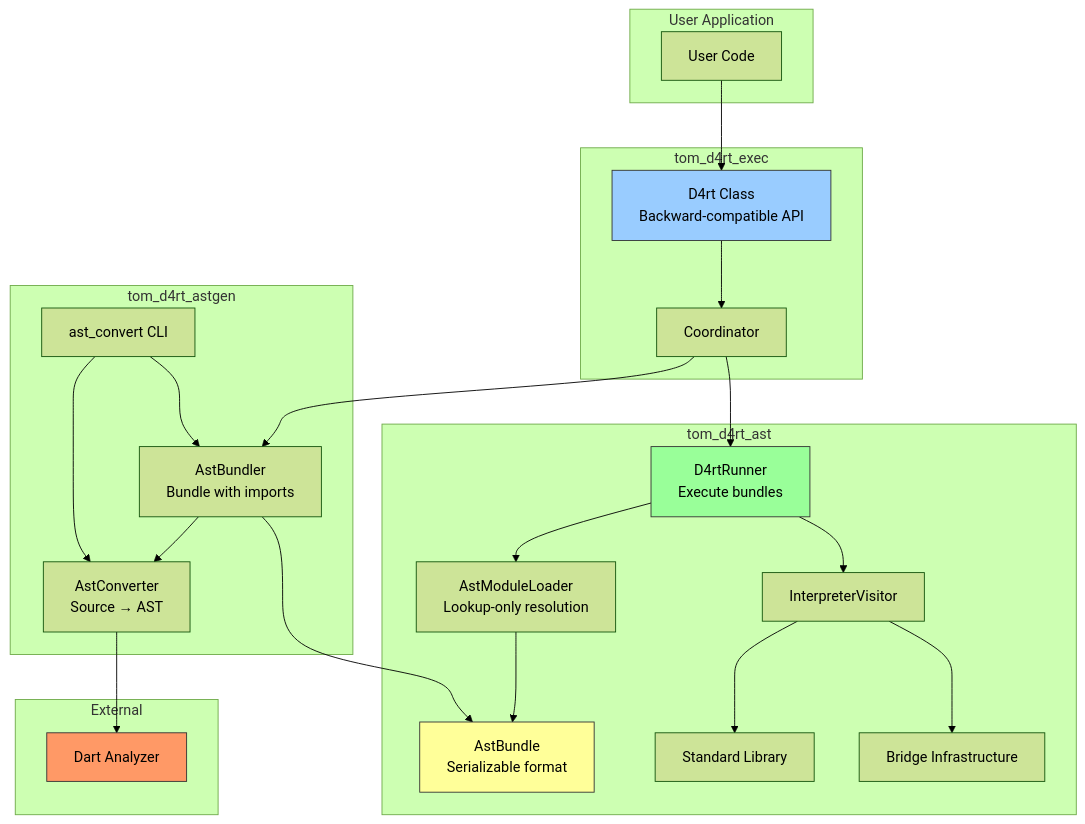
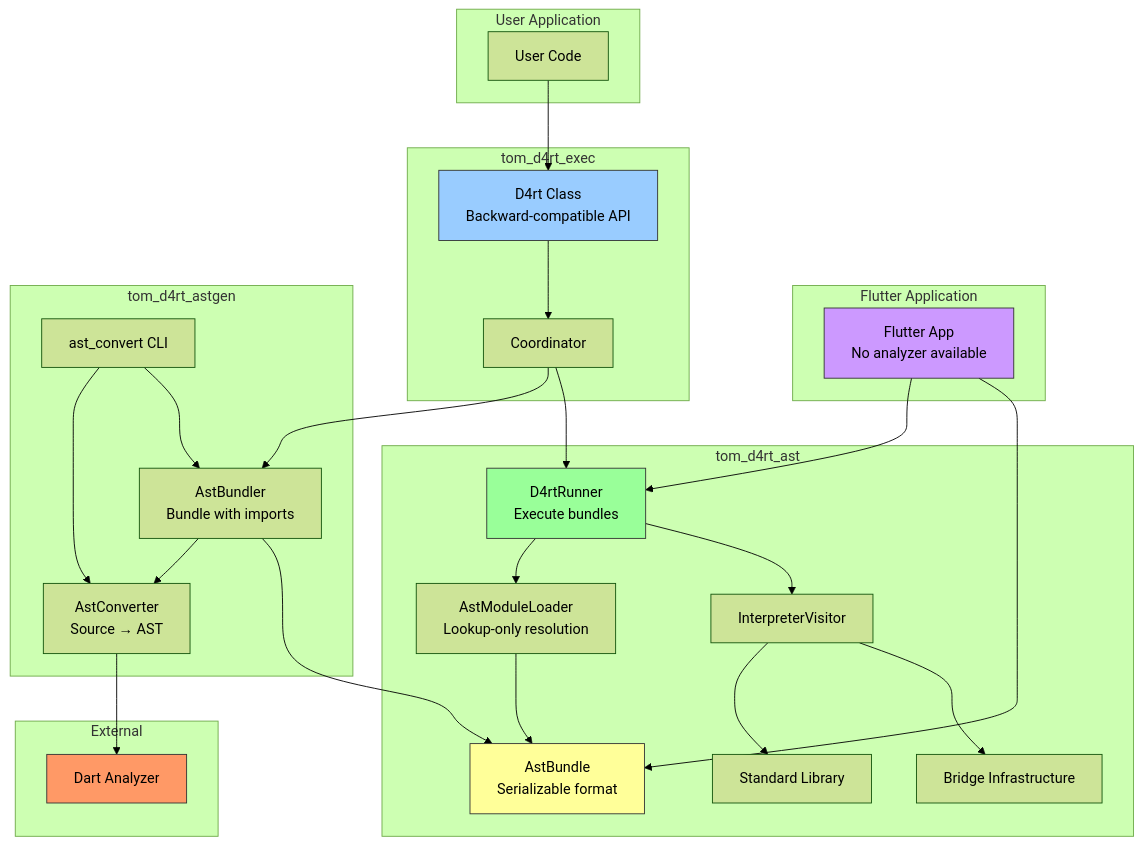
The first of 3 diagrams in tom_d4rt_ast/doc/d4rt_ast_architecture_design.md (al-the-bear/tom_d4rt), drawn with Mermaid (forest theme) before and after one commit. The commit also changed 12 other files, not shown here.

First line of the commit message:
fix: remove parseSourceCallback, clean up test setup, update architecture doc

````diff
--- a/tom_d4rt_ast/doc/d4rt_ast_architecture_design.md
+++ b/tom_d4rt_ast/doc/d4rt_ast_architecture_design.md
@@ -26,50 +26,57 @@
 ```mermaid
 graph TB
     subgraph "User Application"
         APP[User Code]
+    end
+    
+    subgraph "Flutter Application"
+        FAPP[Flutter App<br/>No analyzer available]
     end
     
     subgraph "tom_d4rt_exec"
         D4RT[D4rt Class<br/>Backward-compatible API]
         COORD[Coordinator]
     end
     
     subgraph "tom_d4rt_astgen"
         CONV[AstConverter<br/>Source → AST]
         BUND[AstBundler<br/>Bundle with imports]
         CLI[ast_convert CLI]
     end
     
     subgraph "tom_d4rt_ast"
         RUNNER[D4rtRunner<br/>Execute bundles]
         BUNDLE[AstBundle<br/>Serializable format]
         LOADER[AstModuleLoader<br/>Lookup-only resolution]
         INTERP[InterpreterVisitor]
         STDLIB[Standard Library]
         BRIDGE[Bridge Infrastructure]
     end
     
     subgraph "External"
         ANALYZER[Dart Analyzer]
     end
     
     APP --> D4RT
+    FAPP --> RUNNER
+    FAPP --> BUNDLE
     D4RT --> COORD
     COORD --> BUND
     COORD --> RUNNER
     BUND --> CONV
     CONV --> ANALYZER
     BUND --> BUNDLE
     RUNNER --> LOADER
     RUNNER --> INTERP
     LOADER --> BUNDLE
     INTERP --> STDLIB
     INTERP --> BRIDGE
     CLI --> CONV
     CLI --> BUND
     
     style ANALYZER fill:#f96,stroke:#333
     style D4RT fill:#9cf,stroke:#333
     style RUNNER fill:#9f9,stroke:#333
     style BUNDLE fill:#ff9,stroke:#333
+    style FAPP fill:#c9f,stroke:#333
 ```
````
